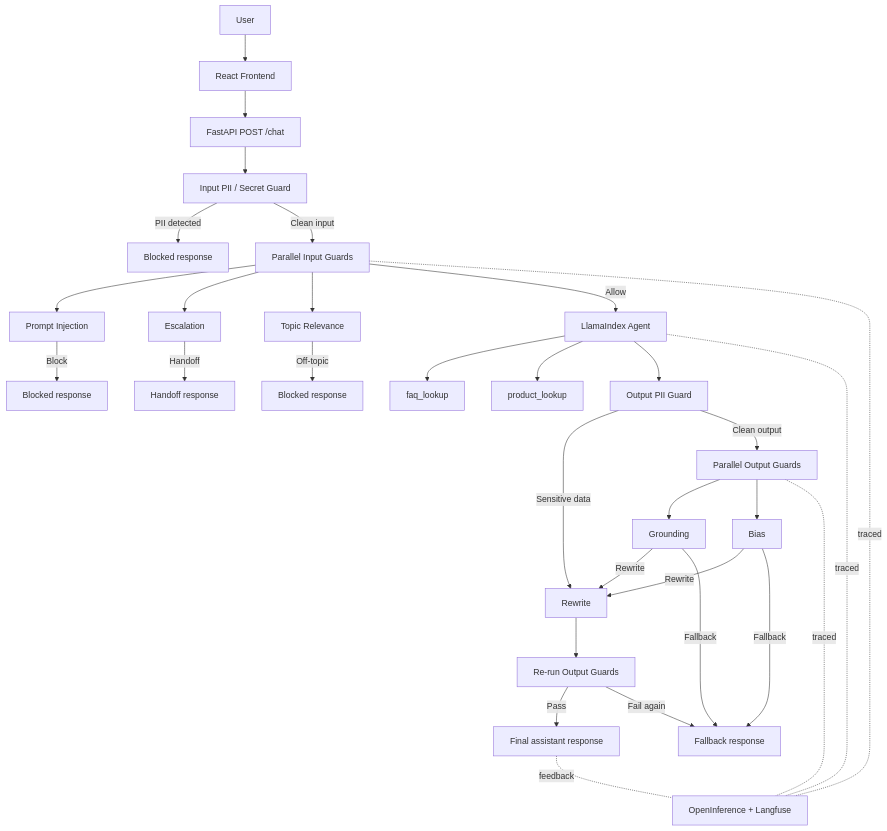
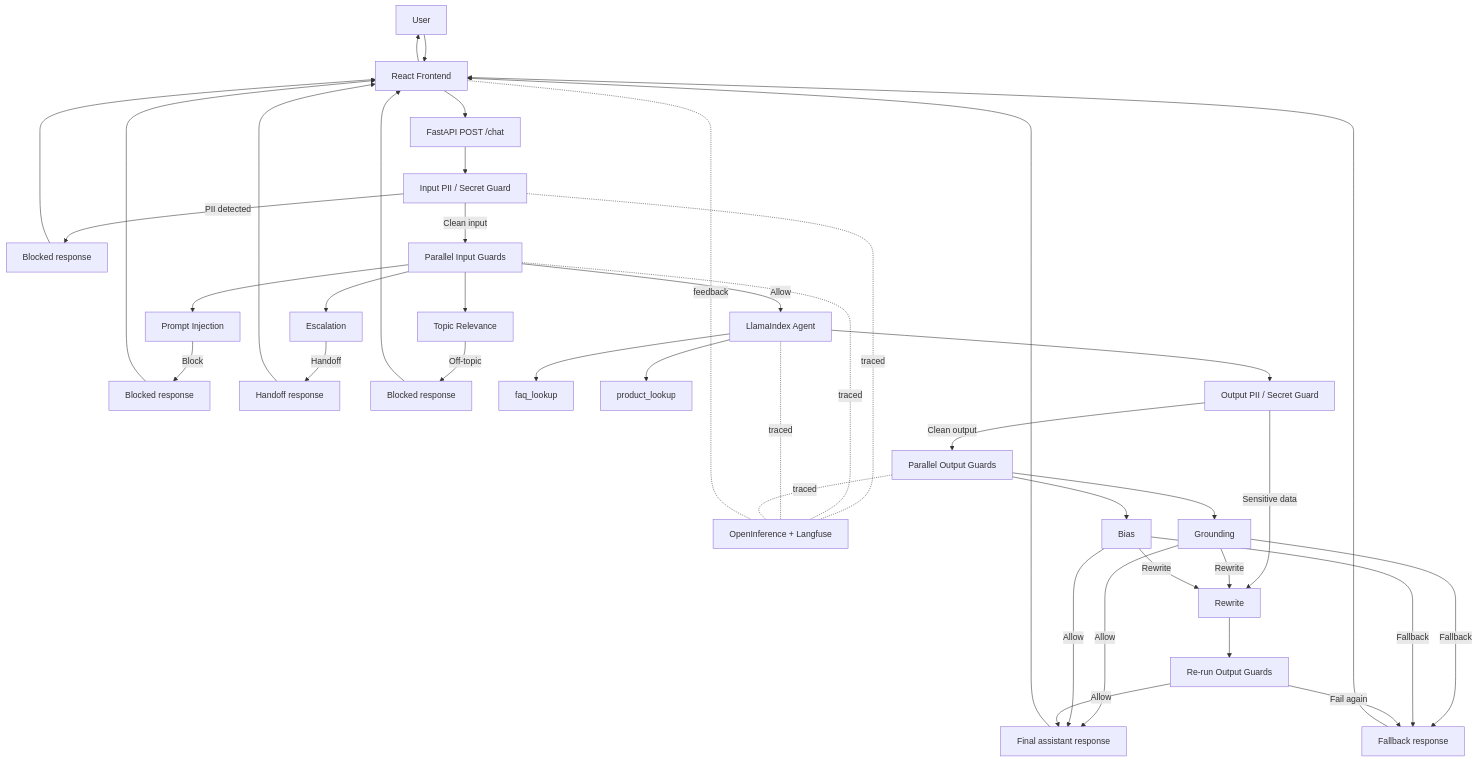
The diagram in README.md (niels-2005/CustomerServiceAgent), drawn with Mermaid before and after one commit. The commit also changed other lines of this file, not shown here.

````diff
--- a/README.md
+++ b/README.md
@@ -79,42 +84,52 @@
 ```mermaid
 flowchart TD
     A[User] --> B[React Frontend]
     B --> C[FastAPI POST /chat]
 
     C --> D[Input PII / Secret Guard]
+    D -. traced .- L[OpenInference + Langfuse]
     D -->|PII detected| R1[Blocked response]
     D -->|Clean input| E[Parallel Input Guards]
 
     E --> E1[Prompt Injection]
     E --> E2[Escalation]
     E --> E3[Topic Relevance]
+    E -. traced .- L
 
     E1 -->|Block| R2[Blocked response]
     E2 -->|Handoff| R3[Handoff response]
     E3 -->|Off-topic| R4[Blocked response]
     E -->|Allow| F[LlamaIndex Agent]
 
     F --> T1[faq_lookup]
     F --> T2[product_lookup]
+    F -. traced .- L
 
-    F --> G[Output PII Guard]
+    F --> G[Output PII / Secret Guard]
     G -->|Sensitive data| H[Rewrite]
     G -->|Clean output| I[Parallel Output Guards]
 
     I --> I1[Grounding]
     I --> I2[Bias]
+    I -. traced .- L
 
+    I1 -->|Allow| K[Final assistant response]
+    I2 -->|Allow| K
     I1 -->|Rewrite| H
     I2 -->|Rewrite| H
     I1 -->|Fallback| R5[Fallback response]
     I2 -->|Fallback| R5
 
     H --> J[Re-run Output Guards]
-    J -->|Pass| K[Final assistant response]
+    J -->|Allow| K
     J -->|Fail again| R5
 
-    F -. traced .- L[OpenInference + Langfuse]
-    E -. traced .- L
-    I -. traced .- L
-    K -. feedback .- L
+    K --> B
+    R1 --> B
+    R2 --> B
+    R3 --> B
+    R4 --> B
+    R5 --> B
+    B --> A
+    B -. feedback .- L
 ```
````
